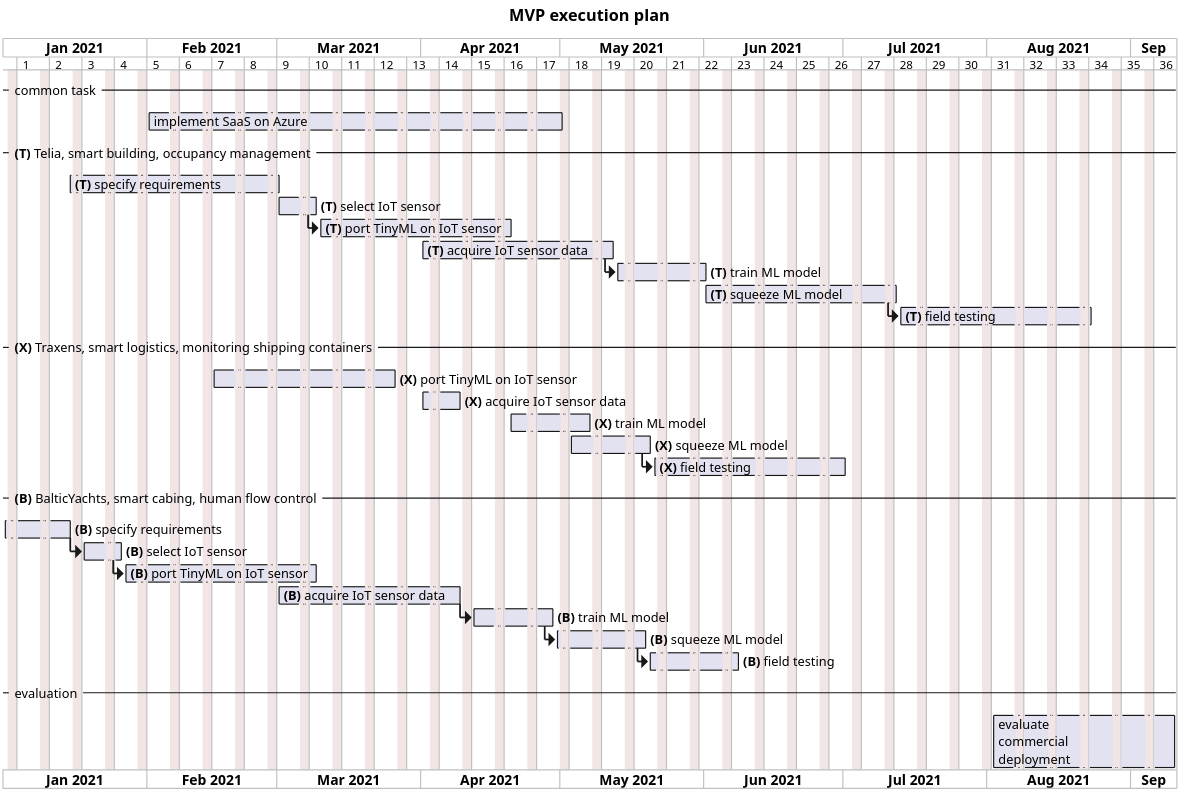
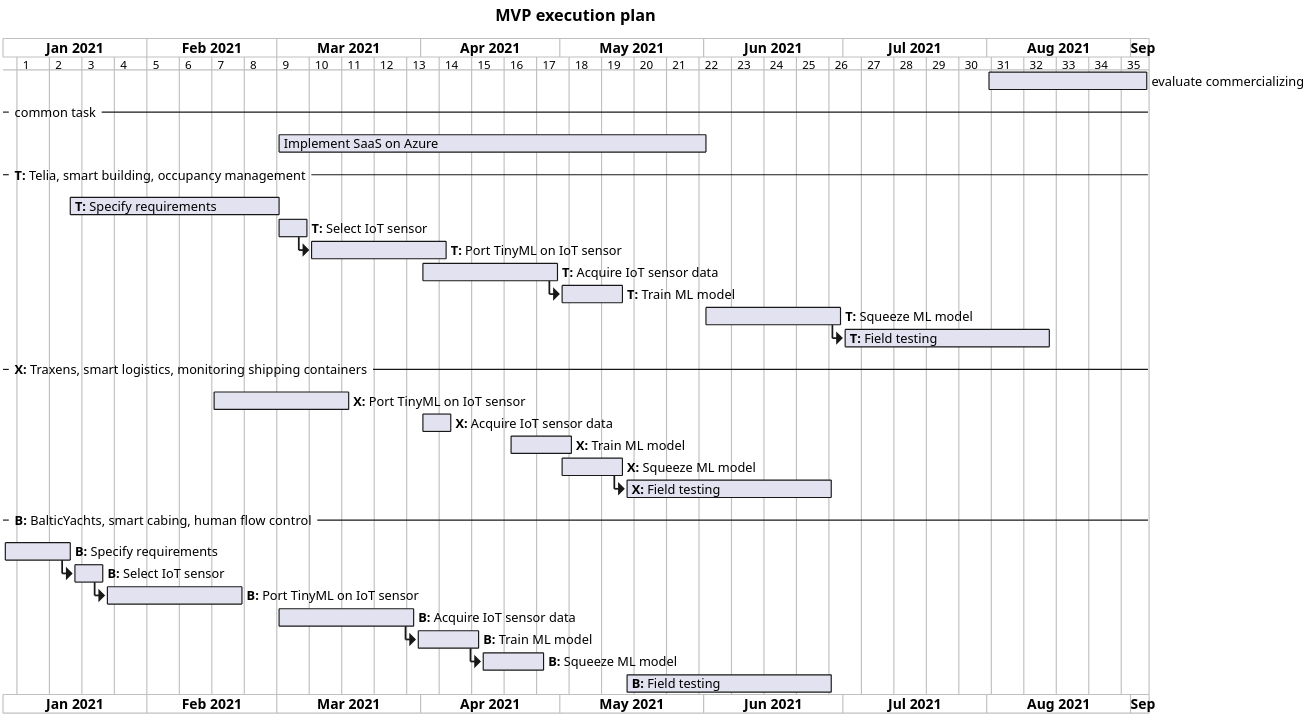
Before and after one commit to doyu/elc2019: the diagram in gantt.puml, drawn with PlantUML.

```diff
--- a/gantt.puml
+++ b/gantt.puml
@@ -1,43 +1,44 @@
 @startgantt
 
 title MVP execution plan
 
 scale 5
 printscale weekly
-saturday are closed
-sunday are closed
 Project starts the 1st of january 2021
 
+[evaluate commercializing] starts at 2021/8/1 and lasts 35 days
+
 -- common task --
-[implement SaaS on Azure] starts at 2021/2/1
-[implement SaaS on Azure] ends at 2021/5/1
+[Implement SaaS on Azure] starts at 2021/3/1
+[Implement SaaS on Azure] ends at 2021/6/1
 
--- **(T)** Telia, smart building, occupancy management --
-[**(T)** specify requirements] starts at 2021/1/15 and ends at 2021/3/1
-[**(T)** select IoT sensor] starts at 2021/3/1 and lasts 7 days
-[**(T)** port TinyML on IoT sensor] starts at [**(T)** select IoT sensor]'s end and lasts 30 days
-[**(T)** acquire IoT sensor data] starts at 2021/4/1 and lasts 30 days
-[**(T)** train ML model] starts at [**(T)** acquire IoT sensor data]'s end and lasts 14 days
-[**(T)** squeeze ML model] starts at 2021/6/1 and lasts 30 days
-[**(T)** field testing] starts at [**(T)** squeeze ML model]'s end and lasts 30 days
 
--- **(X)** Traxens, smart logistics, monitoring shipping containers--
-[**(X)** port TinyML on IoT sensor] starts at 2021/2/15 and lasts 30 days
-[**(X)** acquire IoT sensor data] starts at 2021/4/1 and lasts 7 days
-[**(X)** train ML model] starts at 2021/4/20 and lasts 14 days
-[**(X)** squeeze ML model] starts at 2021/5/1 and lasts 14 days
-[**(X)** field testing] starts at [**(X)** squeeze ML model]'s end and lasts 30 days
+-- **T:** Telia, smart building, occupancy management --
+[**T:** Specify requirements] starts at 2021/1/15 and ends at 2021/3/1
+[**T:** Select IoT sensor] starts at 2021/3/1 and lasts 7 days
+[**T:** Port TinyML on IoT sensor] starts at [**T:** Select IoT sensor]'s end and lasts 30 days
+[**T:** Acquire IoT sensor data] starts at 2021/4/1 and lasts 30 days
+[**T:** Train ML model] starts at [**T:** Acquire IoT sensor data]'s end and lasts 14 days
+[**T:** Squeeze ML model] starts at 2021/6/1 and lasts 30 days
+[**T:** Field testing] starts at [**T:** Squeeze ML model]'s end and lasts 45 days
 
--- **(B)** BalticYachts, smart cabing, human flow control --
-[**(B)** specify requirements] starts at 2020/12/15 and ends at 2021/1/15
-[**(B)** select IoT sensor] starts at [**(B)** specify requirements]'s end and lasts 7 days
-[**(B)** port TinyML on IoT sensor] starts at [**(B)** select IoT sensor]'s end and lasts 30 days
-[**(B)** acquire IoT sensor data] starts at 2021/3/1 and lasts 30 days
-[**(B)** train ML model] starts at [**(B)** acquire IoT sensor data]'s end and lasts 14 days
-[**(B)** squeeze ML model] starts at [**(B)** train ML model]'s end and lasts 14 days
-[**(B)** field testing] starts at [**(B)** squeeze ML model]'s end and lasts 14 days
+-- **X:** Traxens, smart logistics, monitoring shipping containers--
+[**X:** Port TinyML on IoT sensor] starts at 2021/2/15 and lasts 30 days
+[**X:** Acquire IoT sensor data] starts at 2021/4/1 and lasts 7 days
+[**X:** Train ML model] starts at 2021/4/20 and lasts 14 days
+[**X:** Squeeze ML model] starts at 2021/5/1 and lasts 14 days
+[**X:** Field testing] starts at [**X:** Squeeze ML model]'s end and lasts 45 days
 
--- evaluation --
-[evaluate\ncommercial\ndeployment] starts at 2021/8/1 and lasts 30 days
+-- **B:** BalticYachts, smart cabing, human flow control --
+[**B:** Specify requirements] starts at 2020/12/15 and ends at 2021/1/15
+[**B:** Select IoT sensor] starts at [**B:** Specify requirements]'s end and lasts 7 days
+[**B:** Port TinyML on IoT sensor] starts at [**B:** Select IoT sensor]'s end and lasts 30 days
+[**B:** Acquire IoT sensor data] starts at 2021/3/1 and lasts 30 days
+[**B:** Train ML model] starts at [**B:** Acquire IoT sensor data]'s end and lasts 14 days
+[**B:** Squeeze ML model] starts at [**B:** Train ML model]'s end and lasts 14 days
+[**B:** Field testing] starts at 2021/5/15 and lasts 45 days
+
+
+
 
 @endgantt
```
